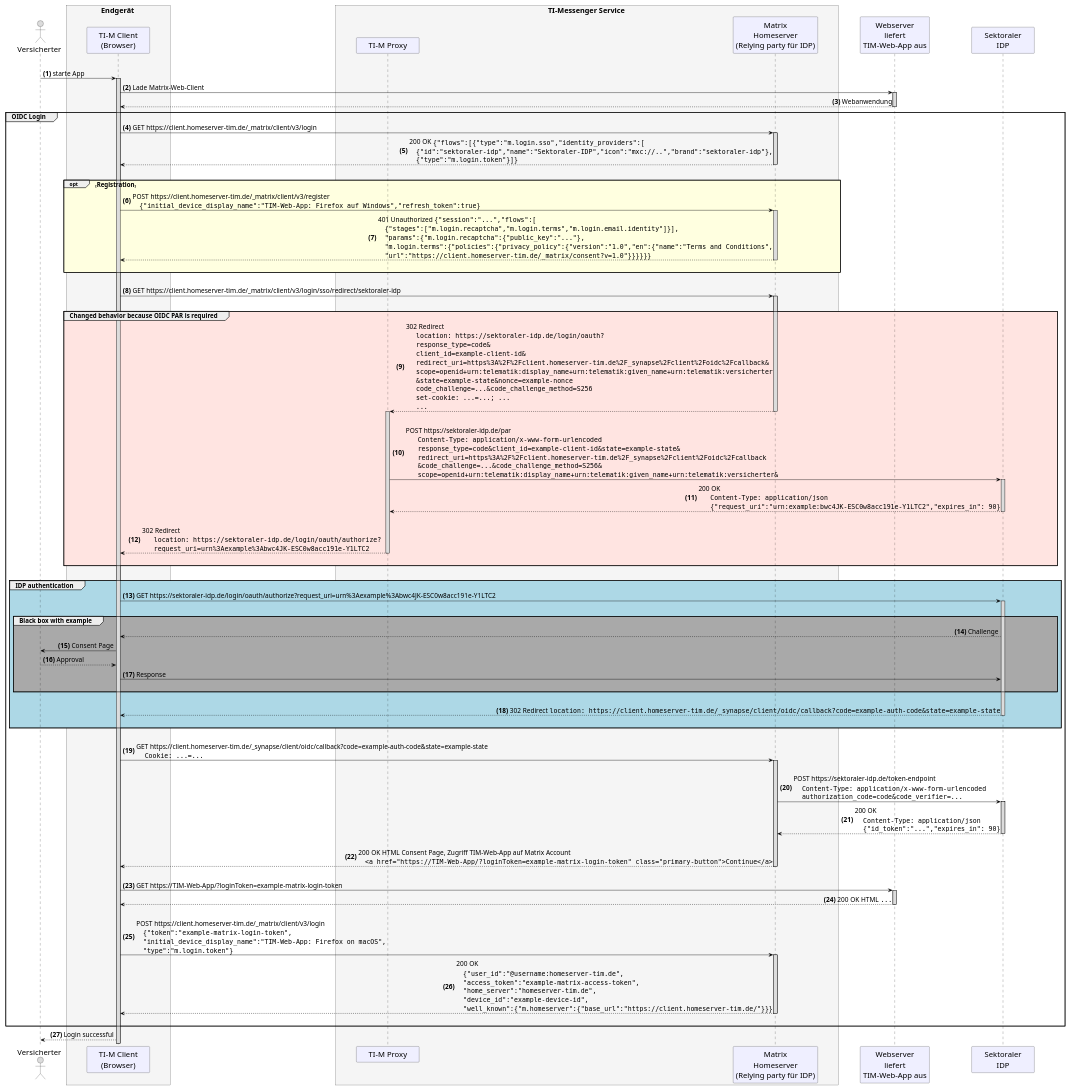
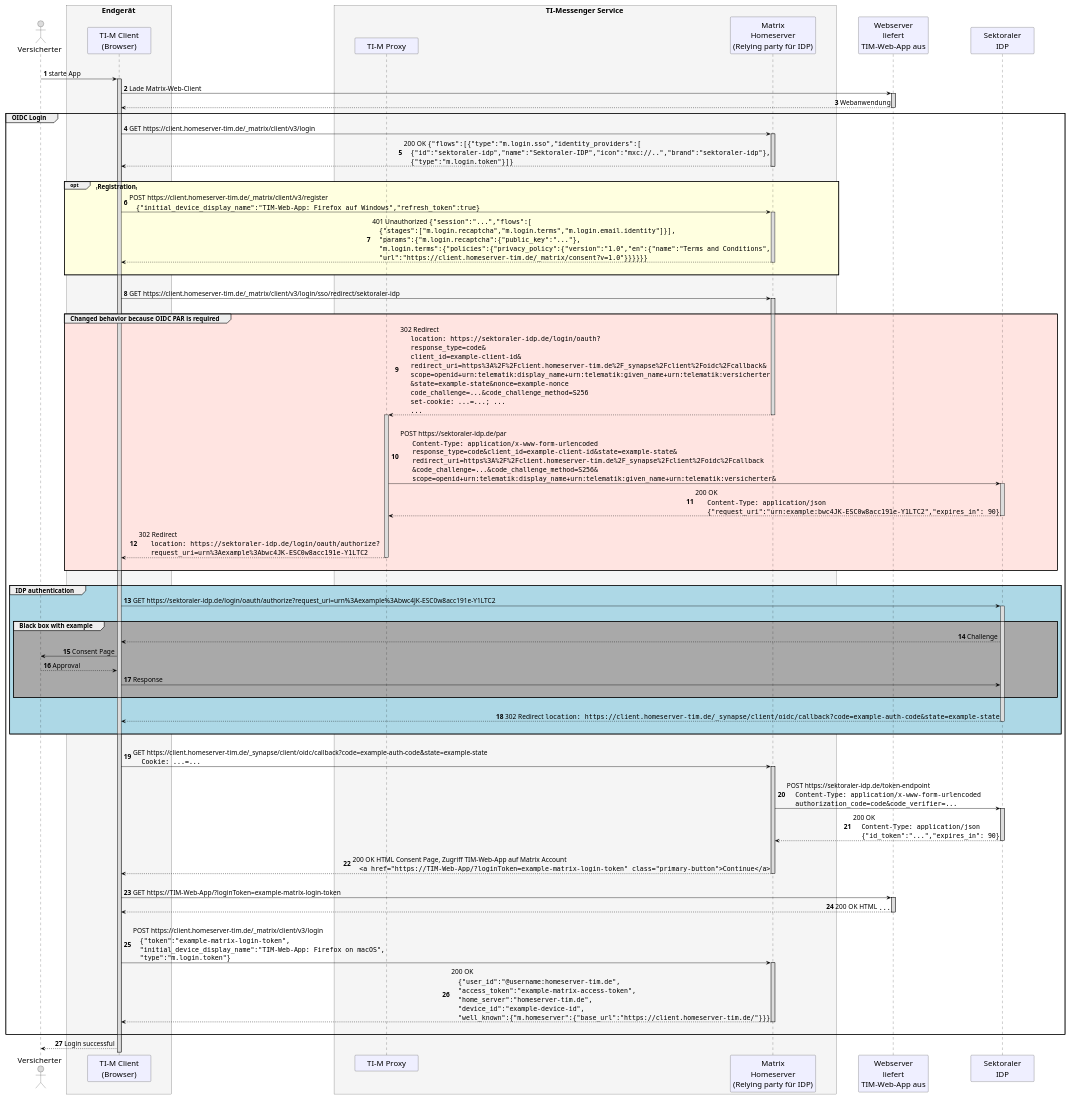
One commit to gematik/api-ti-messenger changed the diagram in src/plantuml/TI-M_ePA/TI-Messenger_OIDC_login_fdv.puml. Above: the diagram before and after it, drawn with PlantUML. The commit also changed 1 other file, not shown here.

```diff
--- a/src/plantuml/TI-M_ePA/TI-Messenger_OIDC_login_fdv.puml
+++ b/src/plantuml/TI-M_ePA/TI-Messenger_OIDC_login_fdv.puml
@@ -1,144 +1,144 @@
 @startuml "TI-Messenger_OIDC_Login"
 skinparam sequenceMessageAlign direction
 skinparam WrapWidth 300
 skinparam minClassWidth 150
 skinparam BoxPadding 1
 skinparam ParticipantPadding 50
 skinparam sequenceReferenceHeaderBackgroundColor palegreen
 scale max 2048 width
 
 skinparam sequence {
 ArrowColor black
 ArrowFontSize 17
 ActorBorderColor black
 LifeLineBorderColor black
 LifeLineBackgroundColor Gainsboro
 
 ParticipantBorderColor Motivation
 ParticipantBackgroundColor Motivation
 ParticipantFontSize 20
 ParticipantFontColor black
 ParticipantBorderColor Black
 ParticipantBackgroundColor MOTIVATION
 
 ActorBackgroundColor Gainsboro
 ActorFontColor black
 ActorFontSize 20
 }
 
-autonumber "<b>(0)"
+autonumber
 
 actor us as "Versicherter"
 box <size:19>Endgerät</size> #WhiteSmoke
   participant app as "TI-M Client\n(Browser)"
 end box
 box <size:19>TI-Messenger Service</size> #WhiteSmoke
   participant pr as "TI-M Proxy"
   participant hs as "Matrix\nHomeserver\n(Relying party für IDP)"
 end box
 participant mc as "Webserver\nliefert\nTIM-Web-App aus"
 participant idp as "Sektoraler\nIDP"
 
 |||
 
 us -> app: starte App
 
 activate app
   app -> mc: Lade Matrix-Web-Client
   activate mc
   mc --> app --: Webanwendung
   group <size:16>OIDC Login</size>
     app -> hs ++: GET https://client.homeserver-tim.de/_matrix/client/v3/login
     hs --> app --: 200 OK ""{"flows":[{"type":"m.login.sso","identity_providers":[""\n\
     ""{"id":"sektoraler-idp","name":"Sektoraler-IDP","icon":"mxc://..","brand":"sektoraler-idp"},""\n\
     ""{"type":"m.login.token"}]}""
     |||
     opt #LightYellow <size:16>Registration</size>
     app -> hs ++: POST https://client.homeserver-tim.de/_matrix/client/v3/register\n\
     ""{"initial_device_display_name":"TIM-Web-App: Firefox auf Windows","refresh_token":true}""
     hs --> app --: 401 Unauthorized ""{"session":"...","flows":[""\n\
     ""{"stages":["m.login.recaptcha","m.login.terms","m.login.email.identity"]}],""\n\
     """params":{"m.login.recaptcha":{"public_key":"..."},""\n\
     """m.login.terms":{"policies":{"privacy_policy":{"version":"1.0","en":{"name":"Terms and Conditions",""\n\
     """url":"https://client.homeserver-tim.de/_matrix/consent?v=1.0"}}}}}}""
     |||
     end 'opt
     |||
     app -> hs++: GET https://client.homeserver-tim.de/_matrix/client/v3/login/sso/redirect/sektoraler-idp
     |||
     group #MistyRose <size:16>Changed behavior because OIDC PAR is required</size>
       hs --> pr --++: 302 Redirect\n\
       ""location: https://sektoraler-idp.de/login/oauth?""\n\
       ""response_type=code&""\n\
       ""client_id=example-client-id&""\n\
       ""redirect_uri=https%3A%2F%2Fclient.homeserver-tim.de%2F_synapse%2Fclient%2Foidc%2Fcallback&""\n\
       ""scope=openid+urn:telematik:display_name+urn:telematik:given_name+urn:telematik:versicherter""\n\
       ""&state=example-state&nonce=example-nonce""\n\
       ""code_challenge=...&code_challenge_method=S256""\n\
       ""set-cookie: ...=...; ...""\n\
       ""...""
      
       |||
       pr -> idp ++: POST https://sektoraler-idp.de/par\n\
        ""Content-Type: application/x-www-form-urlencoded""\n\
        ""response_type=code&client_id=example-client-id&state=example-state&""\n\
        ""redirect_uri=https%3A%2F%2Fclient.homeserver-tim.de%2F_synapse%2Fclient%2Foidc%2Fcallback""\n\
        ""&code_challenge=...&code_challenge_method=S256&""\n\
        ""scope=openid+urn:telematik:display_name+urn:telematik:given_name+urn:telematik:versicherter&""
 
       idp --> pr --: 200 OK\n\
        ""Content-Type: application/json""\n\
        ""{"request_uri":"urn:example:bwc4JK-ESC0w8acc191e-Y1LTC2","expires_in": 90}""
       |||
       pr --> app --: 302 Redirect\n\
        ""location: https://sektoraler-idp.de/login/oauth/authorize? ""\n\
        ""request_uri=urn%3Aexample%3Abwc4JK-ESC0w8acc191e-Y1LTC2""
       |||
     end 'group
     |||
     group #LightBlue <size:16>IDP authentication</size>
       app -> idp ++: GET	https://sektoraler-idp.de/login/oauth/authorize?request_uri=urn%3Aexample%3Abwc4JK-ESC0w8acc191e-Y1LTC2
       |||
       group #DarkGray <size:16>Black box with example</size>
         idp --> app: Challenge
         app -> us: Consent Page
         us --> app: Approval
         app -> idp: Response
 
       |||
       end 'group
       |||
       idp --> app --: 302 Redirect ""location: https://client.homeserver-tim.de/_synapse/client/oidc/callback?code=example-auth-code&state=example-state""
       |||
     end 'group
     |||
     app -> hs ++: GET https://client.homeserver-tim.de/_synapse/client/oidc/callback?code=example-auth-code&state=example-state\n\
      ""Cookie: ...=...""
     |||
     hs -> idp ++: POST https://sektoraler-idp.de/token-endpoint\n\
      ""Content-Type: application/x-www-form-urlencoded""\n\
      ""authorization_code=code&code_verifier=...""
     idp --> hs --: 200 OK\n\
      ""Content-Type: application/json""\n\
      ""{"id_token":"...","expires_in": 90}""
     |||
     hs --> app --: 200 OK HTML Consent Page, Zugriff TIM-Web-App auf Matrix Account\n\
     ""<a href="https://TIM-Web-App/?loginToken=example-matrix-login-token" class="primary-button">Continue</a>""
     |||
     app -> mc ++: GET https://TIM-Web-App/?loginToken=example-matrix-login-token
     mc --> app--: 200 OK HTML ""...""
     |||
     app -> hs ++: POST https://client.homeserver-tim.de/_matrix/client/v3/login\n\
     ""{"token":"example-matrix-login-token",""\n\
     """initial_device_display_name":"TIM-Web-App: Firefox on macOS",""\n\
     """type":"m.login.token"}""
     hs --> app --: 200 OK\n\
     ""{"user_id":"@username:homeserver-tim.de",""\n\
     """access_token":"example-matrix-access-token",""\n\
     """home_server":"homeserver-tim.de",""\n\
     """device_id":"example-device-id",""\n\
     """well_known":{"m.homeserver":{"base_url":"https://client.homeserver-tim.de/"}}}""
     |||
   end 'group
   app --> us: Login successful
 @enduml
```
